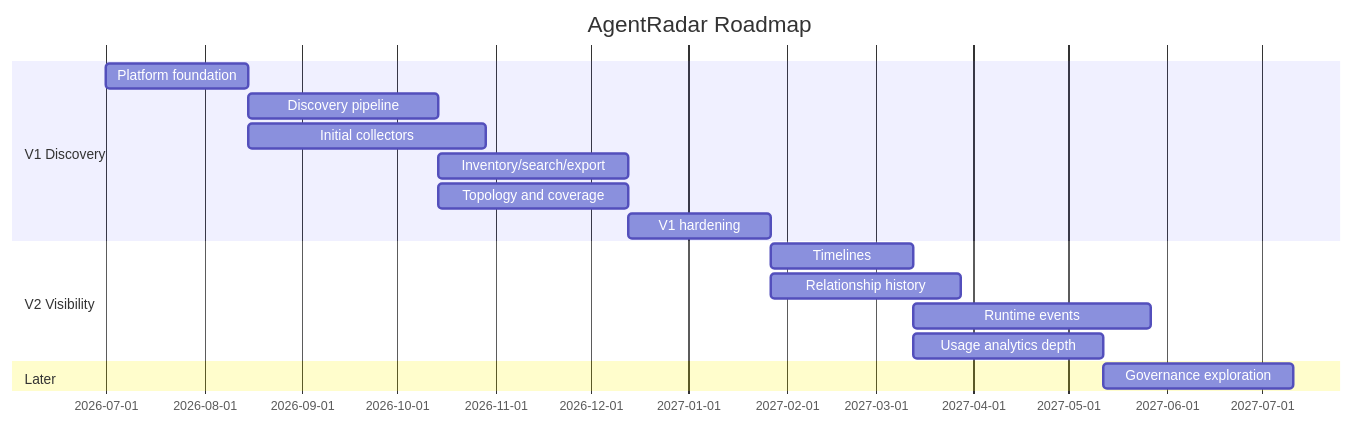
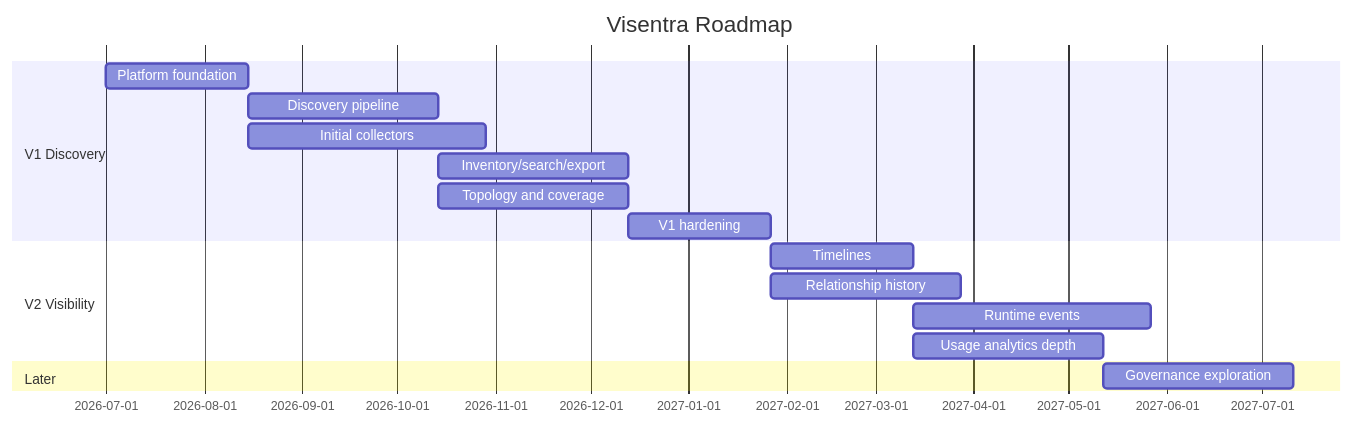
One commit to atulmishra84/Visentra changed the diagram in docs/blueprint/30-roadmap.md. Above: the diagram before and after it, drawn with Mermaid. The commit also changed other lines of this file and 90 other files, not shown here.

First line of the commit message:
Rebrand product name from AgentRadar to Visentra

````diff
--- a/docs/blueprint/30-roadmap.md
+++ b/docs/blueprint/30-roadmap.md
@@ -155,19 +155,19 @@
 ```mermaid
 gantt
-    title AgentRadar Roadmap
+    title Visentra Roadmap
     dateFormat  YYYY-MM-DD
     section V1 Discovery
     Platform foundation        :a1, 2026-07-01, 45d
     Discovery pipeline         :a2, after a1, 60d
     Initial collectors         :a3, after a1, 75d
     Inventory/search/export    :a4, after a2, 60d
     Topology and coverage      :a5, after a2, 60d
     V1 hardening               :a6, after a4, 45d
     section V2 Visibility
     Timelines                  :b1, after a6, 45d
     Relationship history       :b2, after a6, 60d
     Runtime events             :b3, after b1, 75d
     Usage analytics depth      :b4, after b1, 60d
     section Later
     Governance exploration     :c1, after b4, 60d
 ```
````
